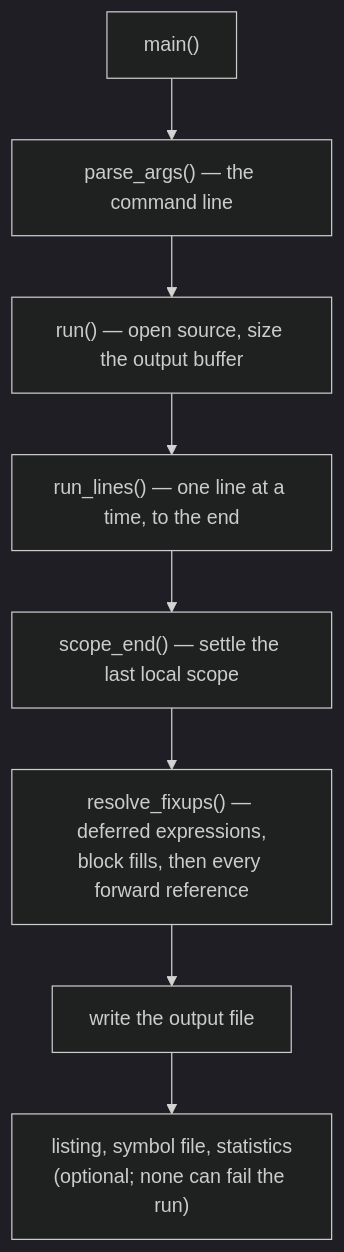
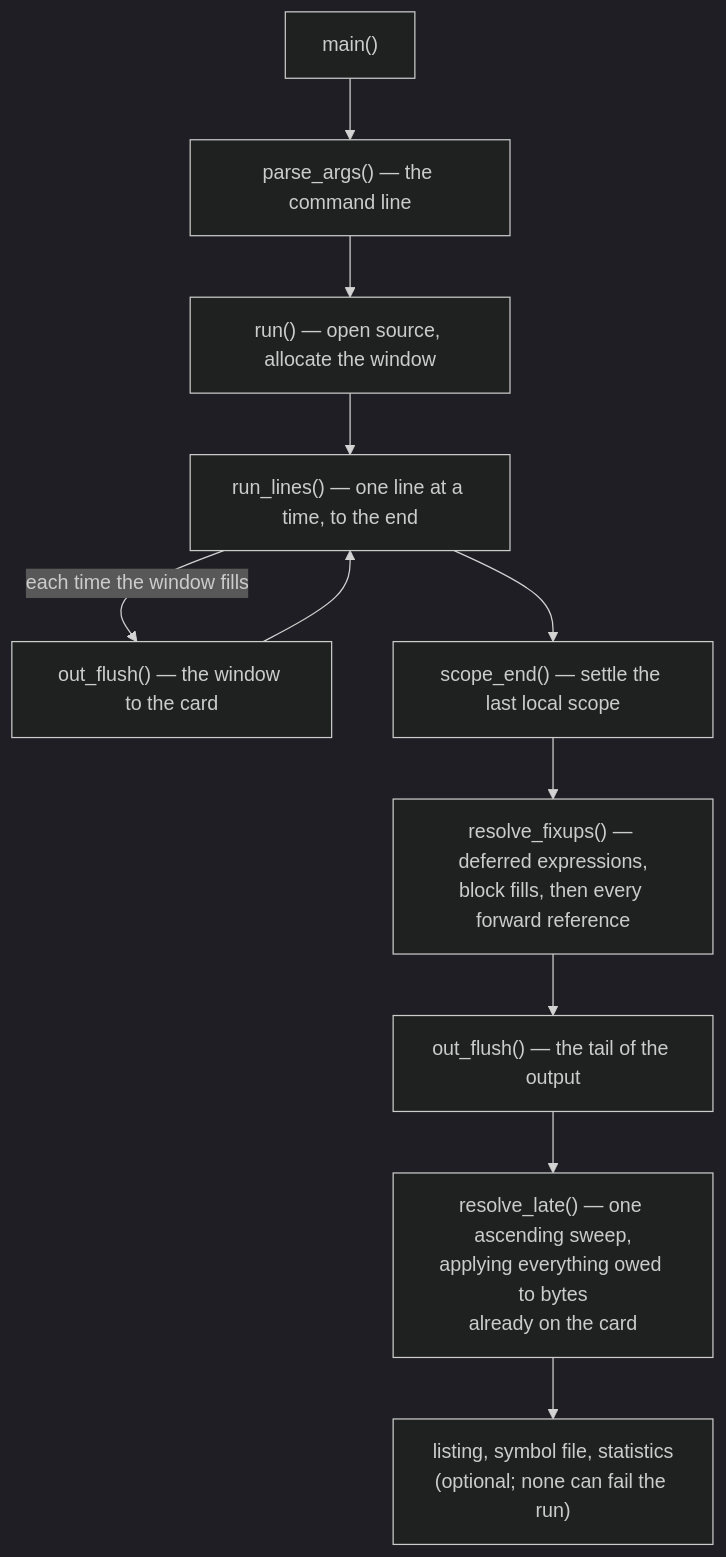
One commit to avalonbits/zap changed the first of 11 diagrams in docs/DESIGN.md. Above: the diagram before and after it, drawn with Mermaid (dark theme). The commit also changed other lines of this file and 14 other files, not shown here.

````diff
--- a/docs/DESIGN.md
+++ b/docs/DESIGN.md
@@ -39,10 +39,13 @@
 ```mermaid
 flowchart TD
     main["main()"] --> args["parse_args() — the command line"]
-    args --> run["run() — open source, size the output buffer"]
+    args --> run["run() — open source, allocate the window"]
     run --> loop["run_lines() — one line at a time, to the end"]
+    loop -->|"each time the window fills"| flush["out_flush() — the window to the card"]
+    flush --> loop
     loop --> scope["scope_end() — settle the last local scope"]
     scope --> fix["resolve_fixups() — deferred expressions,<br/>block fills, then every forward reference"]
-    fix --> out["write the output file"]
-    out --> side["listing, symbol file, statistics<br/>(optional; none can fail the run)"]
+    fix --> tail["out_flush() — the tail of the output"]
+    tail --> late["resolve_late() — one ascending sweep,<br/>applying everything owed to bytes<br/>already on the card"]
+    late --> side["listing, symbol file, statistics<br/>(optional; none can fail the run)"]
 ```
````
